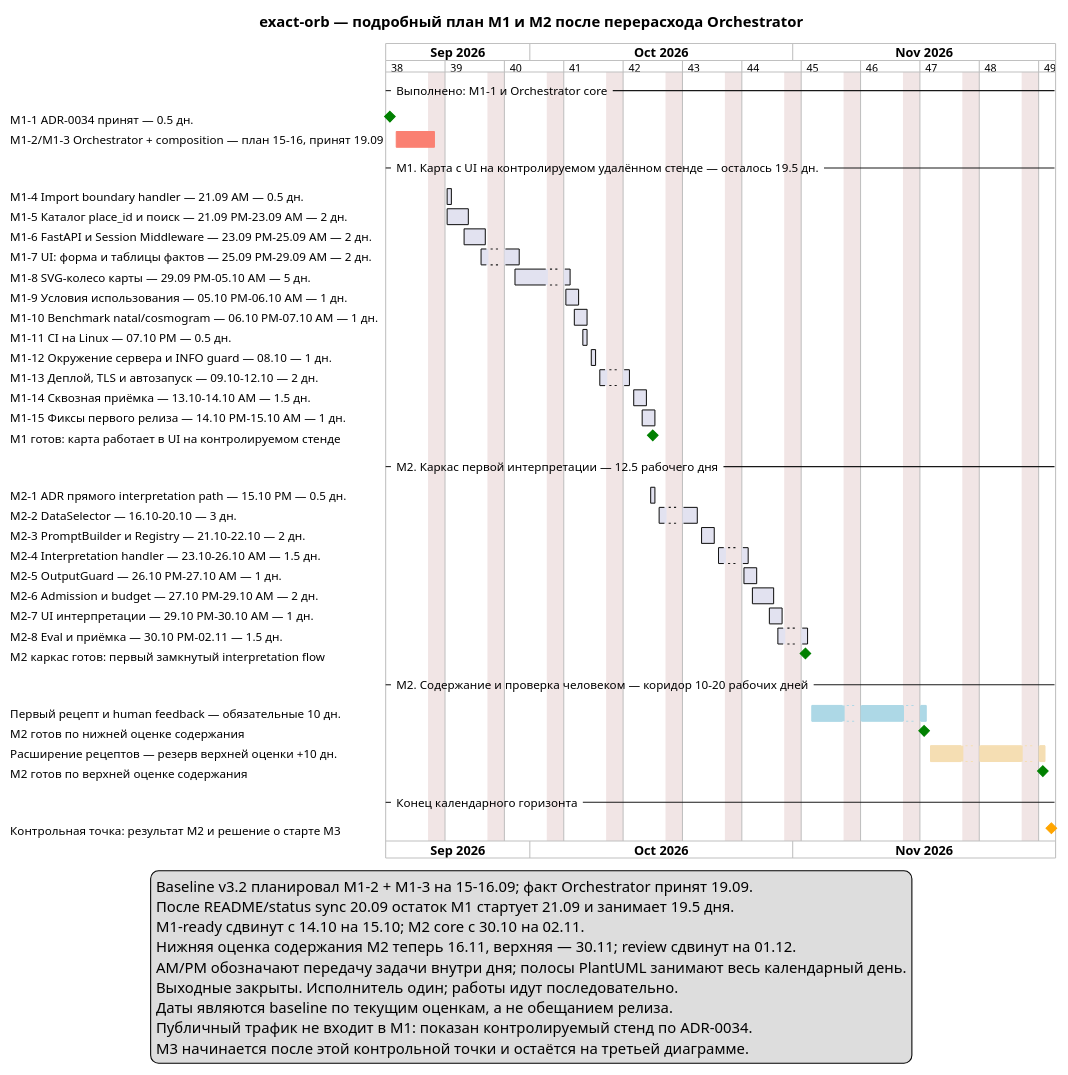
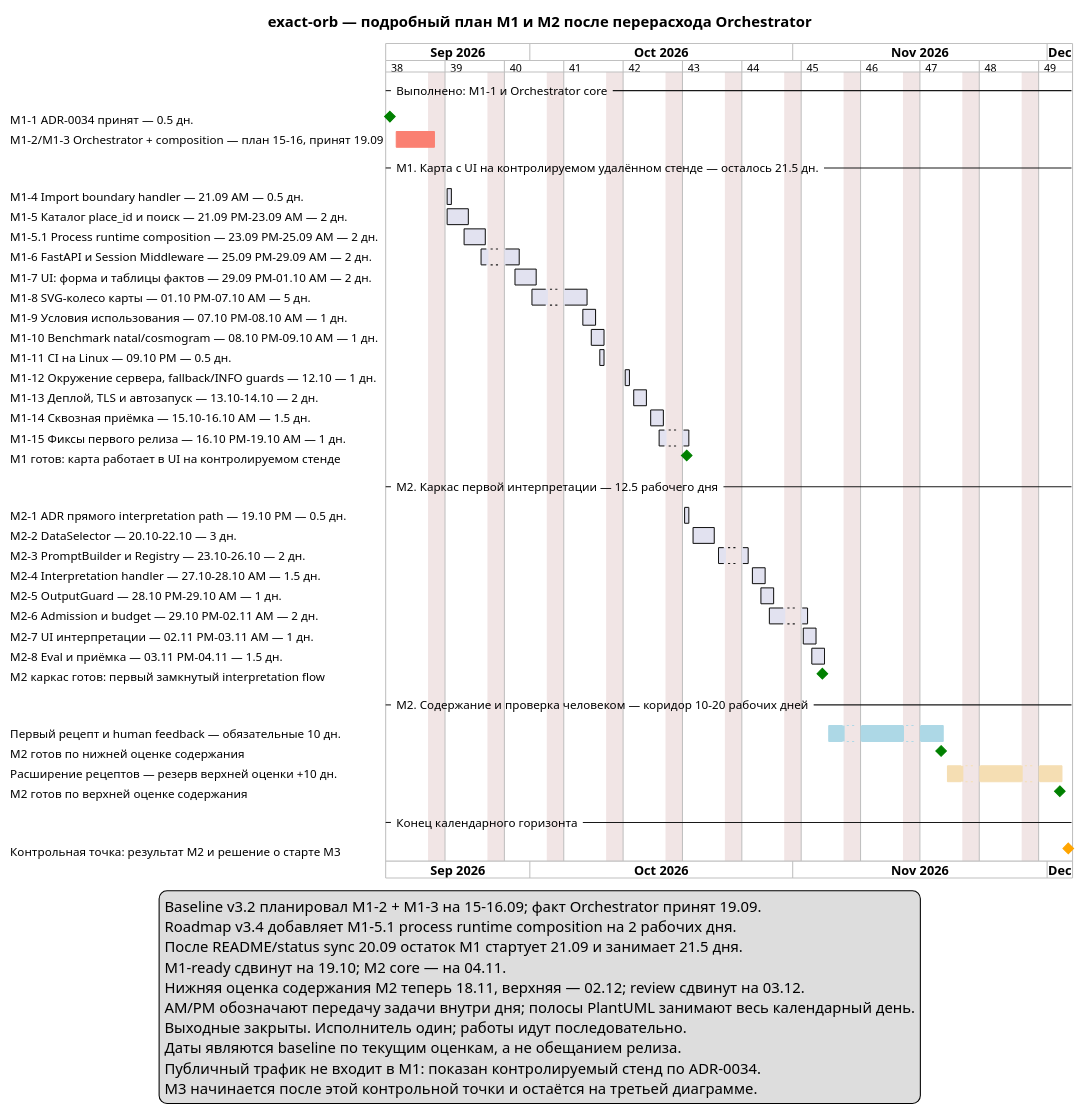
The diagram in docs/project_management/roadmap_remote_ui_and_interpretation_plan.puml (ksenia-baranova/exact-orb-demo), drawn with PlantUML before and after one commit. The commit also changed 12 other files, not shown here.

```diff
--- a/docs/project_management/roadmap_remote_ui_and_interpretation_plan.puml
+++ b/docs/project_management/roadmap_remote_ui_and_interpretation_plan.puml
@@ -1,83 +1,85 @@
 @startgantt
-' Подробный календарный baseline из roadmap v3.3 от текущей точки 20.09.2026.
+' Подробный календарный baseline из roadmap v3.4 от текущей точки 21.09.2026.
 ' Оценки остаются рабочими днями. AM/PM в подписях сохраняют половины дня,
 ' которые дневная шкала PlantUML не может показать отдельной шириной полосы.
 
 title exact-orb — подробный план M1 и M2 после перерасхода Orchestrator
 Project starts 2026-09-14
 printscale weekly zoom 2
 Label on first column
 saturday are closed
 sunday are closed
 
 -- Выполнено: M1-1 и Orchestrator core --
 
 [M1-1 ADR-0034 принят — 0.5 дн.] as [M11] happens 2026-09-14
 [M11] is 100% complete
 [M11] is colored in Green
 
 [M1-2/M1-3 Orchestrator + composition — план 15–16, принят 19.09] as [M12] starts 2026-09-15 and ends 2026-09-19
 [M12] is 100% complete
 [M12] is colored in Salmon
 
--- M1. Карта с UI на контролируемом удалённом стенде — осталось 19.5 дн. --
+-- M1. Карта с UI на контролируемом удалённом стенде — осталось 21.5 дн. --
 
 [M1-4 Import boundary handler — 21.09 AM — 0.5 дн.] as [M14] starts 2026-09-21 and ends 2026-09-21
 [M1-5 Каталог place_id и поиск — 21.09 PM–23.09 AM — 2 дн.] as [M15] starts 2026-09-21 and ends 2026-09-23
-[M1-6 FastAPI и Session Middleware — 23.09 PM–25.09 AM — 2 дн.] as [M16] starts 2026-09-23 and ends 2026-09-25
-[M1-7 UI: форма и таблицы фактов — 25.09 PM–29.09 AM — 2 дн.] as [M17] starts 2026-09-25 and ends 2026-09-29
-[M1-8 SVG-колесо карты — 29.09 PM–05.10 AM — 5 дн.] as [M18] starts 2026-09-29 and ends 2026-10-05
-[M1-9 Условия использования — 05.10 PM–06.10 AM — 1 дн.] as [M19] starts 2026-10-05 and ends 2026-10-06
-[M1-10 Benchmark natal/cosmogram — 06.10 PM–07.10 AM — 1 дн.] as [M110] starts 2026-10-06 and ends 2026-10-07
-[M1-11 CI на Linux — 07.10 PM — 0.5 дн.] as [M111] starts 2026-10-07 and ends 2026-10-07
-[M1-12 Окружение сервера и INFO guard — 08.10 — 1 дн.] as [M112] starts 2026-10-08 and ends 2026-10-08
-[M1-13 Деплой, TLS и автозапуск — 09.10–12.10 — 2 дн.] as [M113] starts 2026-10-09 and ends 2026-10-12
-[M1-14 Сквозная приёмка — 13.10–14.10 AM — 1.5 дн.] as [M114] starts 2026-10-13 and ends 2026-10-14
-[M1-15 Фиксы первого релиза — 14.10 PM–15.10 AM — 1 дн.] as [M115] starts 2026-10-14 and ends 2026-10-15
+[M1-5.1 Process runtime composition — 23.09 PM–25.09 AM — 2 дн.] as [M151] starts 2026-09-23 and ends 2026-09-25
+[M1-6 FastAPI и Session Middleware — 25.09 PM–29.09 AM — 2 дн.] as [M16] starts 2026-09-25 and ends 2026-09-29
+[M1-7 UI: форма и таблицы фактов — 29.09 PM–01.10 AM — 2 дн.] as [M17] starts 2026-09-29 and ends 2026-10-01
+[M1-8 SVG-колесо карты — 01.10 PM–07.10 AM — 5 дн.] as [M18] starts 2026-10-01 and ends 2026-10-07
+[M1-9 Условия использования — 07.10 PM–08.10 AM — 1 дн.] as [M19] starts 2026-10-07 and ends 2026-10-08
+[M1-10 Benchmark natal/cosmogram — 08.10 PM–09.10 AM — 1 дн.] as [M110] starts 2026-10-08 and ends 2026-10-09
+[M1-11 CI на Linux — 09.10 PM — 0.5 дн.] as [M111] starts 2026-10-09 and ends 2026-10-09
+[M1-12 Окружение сервера, fallback/INFO guards — 12.10 — 1 дн.] as [M112] starts 2026-10-12 and ends 2026-10-12
+[M1-13 Деплой, TLS и автозапуск — 13.10–14.10 — 2 дн.] as [M113] starts 2026-10-13 and ends 2026-10-14
+[M1-14 Сквозная приёмка — 15.10–16.10 AM — 1.5 дн.] as [M114] starts 2026-10-15 and ends 2026-10-16
+[M1-15 Фиксы первого релиза — 16.10 PM–19.10 AM — 1 дн.] as [M115] starts 2026-10-16 and ends 2026-10-19
 
-[M1 готов: карта работает в UI на контролируемом стенде] as [M1DONE] happens 2026-10-15
+[M1 готов: карта работает в UI на контролируемом стенде] as [M1DONE] happens 2026-10-19
 [M1DONE] is colored in Green
 
 -- M2. Каркас первой интерпретации — 12.5 рабочего дня --
 
-[M2-1 ADR прямого interpretation path — 15.10 PM — 0.5 дн.] as [M21] starts 2026-10-15 and ends 2026-10-15
-[M2-2 DataSelector — 16.10–20.10 — 3 дн.] as [M22] starts 2026-10-16 and ends 2026-10-20
-[M2-3 PromptBuilder и Registry — 21.10–22.10 — 2 дн.] as [M23] starts 2026-10-21 and ends 2026-10-22
-[M2-4 Interpretation handler — 23.10–26.10 AM — 1.5 дн.] as [M24] starts 2026-10-23 and ends 2026-10-26
-[M2-5 OutputGuard — 26.10 PM–27.10 AM — 1 дн.] as [M25] starts 2026-10-26 and ends 2026-10-27
-[M2-6 Admission и budget — 27.10 PM–29.10 AM — 2 дн.] as [M26] starts 2026-10-27 and ends 2026-10-29
-[M2-7 UI интерпретации — 29.10 PM–30.10 AM — 1 дн.] as [M27] starts 2026-10-29 and ends 2026-10-30
-[M2-8 Eval и приёмка — 30.10 PM–02.11 — 1.5 дн.] as [M28] starts 2026-10-30 and ends 2026-11-02
+[M2-1 ADR прямого interpretation path — 19.10 PM — 0.5 дн.] as [M21] starts 2026-10-19 and ends 2026-10-19
+[M2-2 DataSelector — 20.10–22.10 — 3 дн.] as [M22] starts 2026-10-20 and ends 2026-10-22
+[M2-3 PromptBuilder и Registry — 23.10–26.10 — 2 дн.] as [M23] starts 2026-10-23 and ends 2026-10-26
+[M2-4 Interpretation handler — 27.10–28.10 AM — 1.5 дн.] as [M24] starts 2026-10-27 and ends 2026-10-28
+[M2-5 OutputGuard — 28.10 PM–29.10 AM — 1 дн.] as [M25] starts 2026-10-28 and ends 2026-10-29
+[M2-6 Admission и budget — 29.10 PM–02.11 AM — 2 дн.] as [M26] starts 2026-10-29 and ends 2026-11-02
+[M2-7 UI интерпретации — 02.11 PM–03.11 AM — 1 дн.] as [M27] starts 2026-11-02 and ends 2026-11-03
+[M2-8 Eval и приёмка — 03.11 PM–04.11 — 1.5 дн.] as [M28] starts 2026-11-03 and ends 2026-11-04
 
-[M2 каркас готов: первый замкнутый interpretation flow] as [M2CORE] happens 2026-11-02
+[M2 каркас готов: первый замкнутый interpretation flow] as [M2CORE] happens 2026-11-04
 [M2CORE] is colored in Green
 
 -- M2. Содержание и проверка человеком — коридор 10–20 рабочих дней --
 
-[Первый рецепт и human feedback — обязательные 10 дн.] as [M2C10] starts 2026-11-03 and ends 2026-11-16
+[Первый рецепт и human feedback — обязательные 10 дн.] as [M2C10] starts 2026-11-05 and ends 2026-11-18
 [M2C10] is colored in LightBlue
-[M2 готов по нижней оценке содержания] as [M2EARLY] happens 2026-11-16
+[M2 готов по нижней оценке содержания] as [M2EARLY] happens 2026-11-18
 [M2EARLY] is colored in Green
 
-[Расширение рецептов — резерв верхней оценки +10 дн.] as [M2C20] starts 2026-11-17 and ends 2026-11-30
+[Расширение рецептов — резерв верхней оценки +10 дн.] as [M2C20] starts 2026-11-19 and ends 2026-12-02
 [M2C20] is colored in Wheat
-[M2 готов по верхней оценке содержания] as [M2DONE] happens 2026-11-30
+[M2 готов по верхней оценке содержания] as [M2DONE] happens 2026-12-02
 [M2DONE] is colored in Green
 
 -- Конец календарного горизонта --
 
-[Контрольная точка: результат M2 и решение о старте M3] as [NOVREVIEW] happens 2026-12-01
+[Контрольная точка: результат M2 и решение о старте M3] as [NOVREVIEW] happens 2026-12-03
 [NOVREVIEW] is colored in Orange
 
 legend bottom
   Baseline v3.2 планировал M1-2 + M1-3 на 15-16.09; факт Orchestrator принят 19.09.
-  После README/status sync 20.09 остаток M1 стартует 21.09 и занимает 19.5 дня.
-  M1-ready сдвинут с 14.10 на 15.10; M2 core с 30.10 на 02.11.
-  Нижняя оценка содержания M2 теперь 16.11, верхняя — 30.11; review сдвинут на 01.12.
+  Roadmap v3.4 добавляет M1-5.1 process runtime composition на 2 рабочих дня.
+  После README/status sync 20.09 остаток M1 стартует 21.09 и занимает 21.5 дня.
+  M1-ready сдвинут на 19.10; M2 core — на 04.11.
+  Нижняя оценка содержания M2 теперь 18.11, верхняя — 02.12; review сдвинут на 03.12.
   AM/PM обозначают передачу задачи внутри дня; полосы PlantUML занимают весь календарный день.
   Выходные закрыты. Исполнитель один; работы идут последовательно.
   Даты являются baseline по текущим оценкам, а не обещанием релиза.
   Публичный трафик не входит в M1: показан контролируемый стенд по ADR-0034.
   M3 начинается после этой контрольной точки и остаётся на третьей диаграмме.
 endlegend
 @endgantt
```
